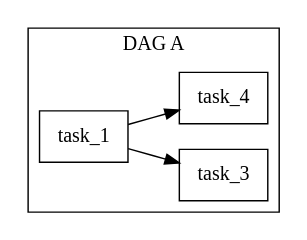
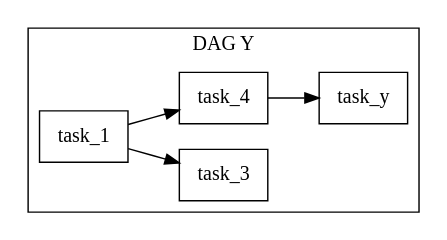
Before and after one commit to kmink3225/blog: the fourth of 7 diagrams in docs/blog/posts/Engineering/airflow/11.airflow_functions.qmd, drawn with Graphviz. The commit also changed other lines of this file and 5 other files, not shown here.

````diff
--- a/docs/blog/posts/Engineering/airflow/11.airflow_functions.qmd
+++ b/docs/blog/posts/Engineering/airflow/11.airflow_functions.qmd
@@ -130,16 +141,22 @@
 ```{dot}
 digraph G {
   compound=true;
   rankdir=LR;
   
   subgraph cluster {
     rankdir=TB;
     task_1 [shape=box];
     task_3 [shape=box];
     task_4 [shape=box];
    label= "DAG A";
  }
+  subgraph cluster {
+    rankdir=TB;
+    task_y [shape=box];    
+   label= "DAG Y";
+ }
     task_1 -> task_3;
     task_1 -> task_4;
+    task_4 -> task_y;
 }
 ```
````
